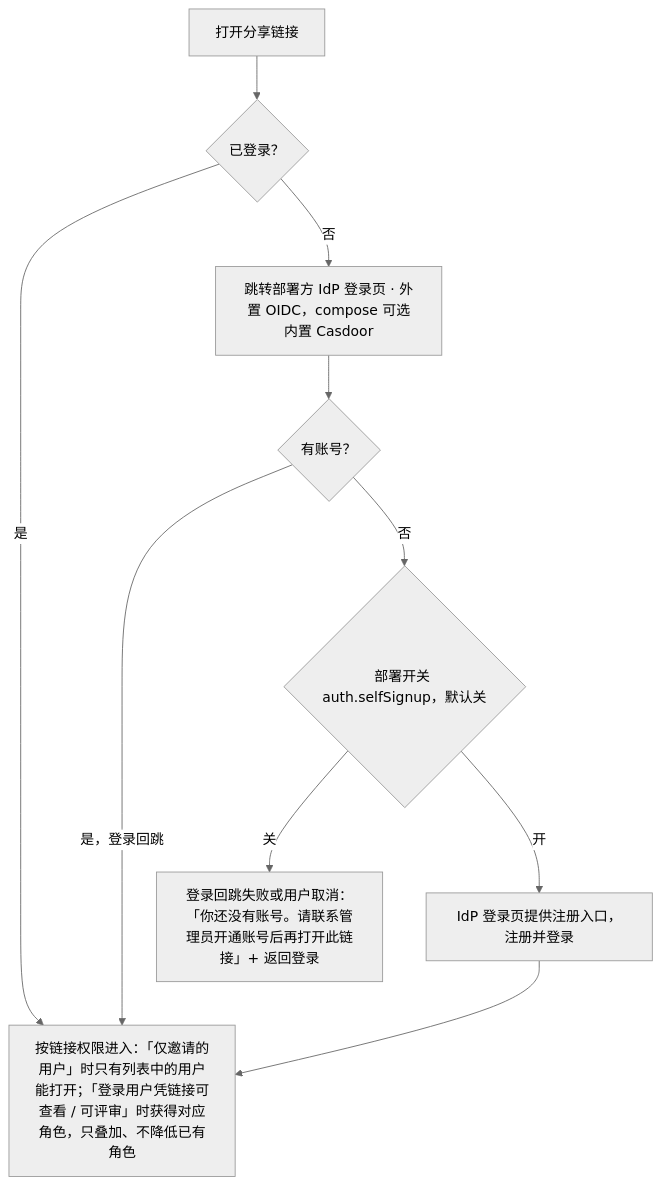
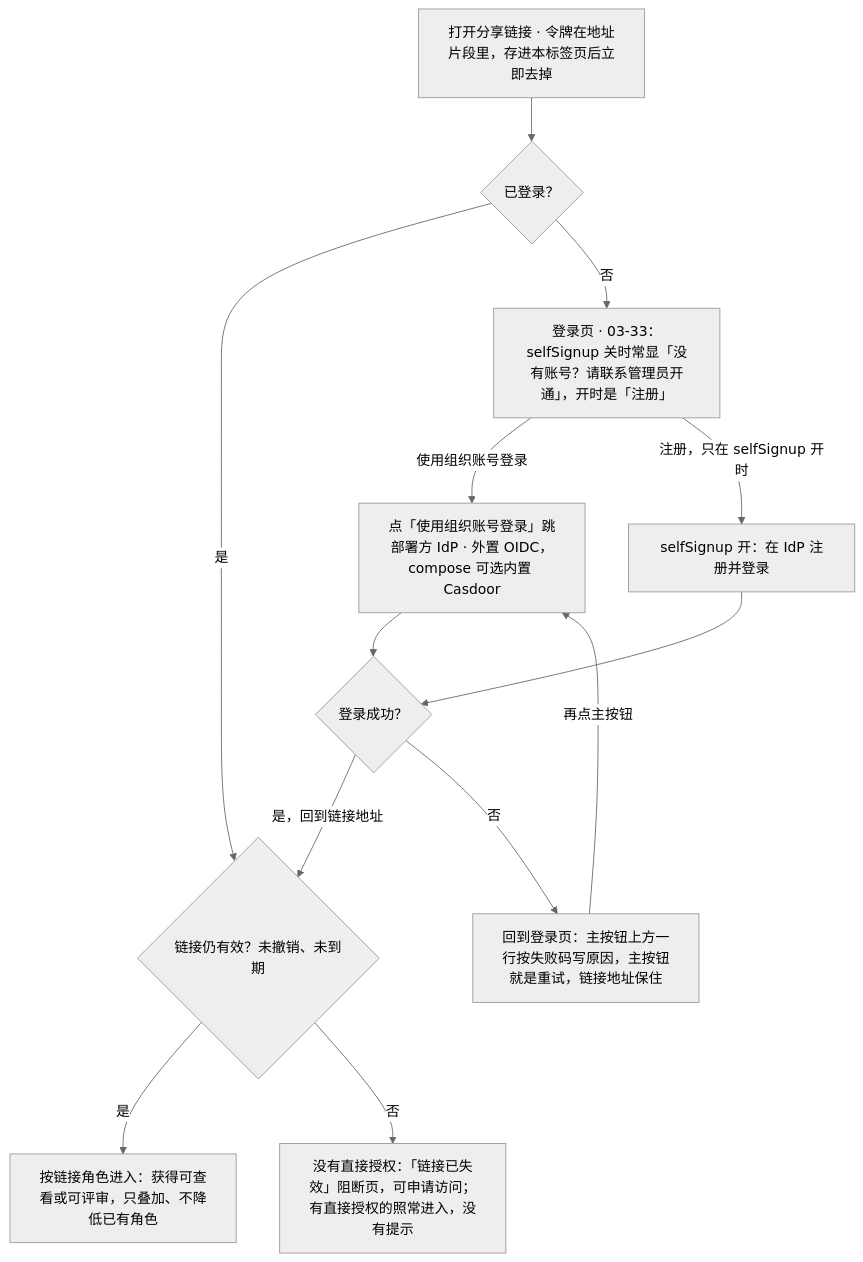
The fourth of 4 diagrams in docs/20-design/03-screens/08-share-permissions-dialog.md (Xeonice/cordis-ppt-editor), drawn with Mermaid (neutral theme) before and after one commit. The commit also changed other lines of this file and 44 other files, not shown here.

````diff
--- a/docs/20-design/03-screens/08-share-permissions-dialog.md
+++ b/docs/20-design/03-screens/08-share-permissions-dialog.md
@@ -158,18 +406,25 @@
 ```mermaid
 flowchart TB
-  open["打开分享链接"]
+  open["打开分享链接 · 令牌在地址片段里，存进本标签页后立即去掉"]
   logged{"已登录？"}
-  idp["跳转部署方 IdP 登录页 · 外置 OIDC，compose 可选内置 Casdoor"]
-  has{"有账号？"}
-  ssw{"部署开关 auth.selfSignup，默认关"}
-  noAcct["登录回跳失败或用户取消：「你还没有账号。请联系管理员开通账号后再打开此链接」+ 返回登录"]
-  reg["IdP 登录页提供注册入口，注册并登录"]
-  role["按链接权限进入：「仅邀请的用户」时只有列表中的用户能打开；「登录用户凭链接可查看 / 可评审」时获得对应角色，只叠加、不降低已有角色"]
+  login["登录页 · 03-33：selfSignup 关时常显「没有账号？请联系管理员开通」，开时是「注册」"]
+  idp["点「使用组织账号登录」跳部署方 IdP · 外置 OIDC，compose 可选内置 Casdoor"]
+  reg["selfSignup 开：在 IdP 注册并登录"]
+  back{"登录成功？"}
+  err["回到登录页：主按钮上方一行按失败码写原因，主按钮就是重试，链接地址保住"]
+  valid{"链接仍有效？未撤销、未到期"}
+  role["按链接角色进入：获得可查看或可评审，只叠加、不降低已有角色"]
+  dead["没有直接授权：「链接已失效」阻断页，可申请访问；有直接授权的照常进入，没有提示"]
   open --> logged
-  logged -->|"是"| role
-  logged -->|"否"| idp --> has
-  has -->|"是，登录回跳"| role
-  has -->|"否"| ssw
-  ssw -->|"关"| noAcct
-  ssw -->|"开"| reg --> role
+  logged -->|"是"| valid
+  logged -->|"否"| login
+  login -->|"使用组织账号登录"| idp
+  login -->|"注册，只在 selfSignup 开时"| reg
+  idp --> back
+  reg --> back
+  back -->|"是，回到链接地址"| valid
+  back -->|"否"| err
+  err -->|"再点主按钮"| idp
+  valid -->|"是"| role
+  valid -->|"否"| dead
 ```
````
